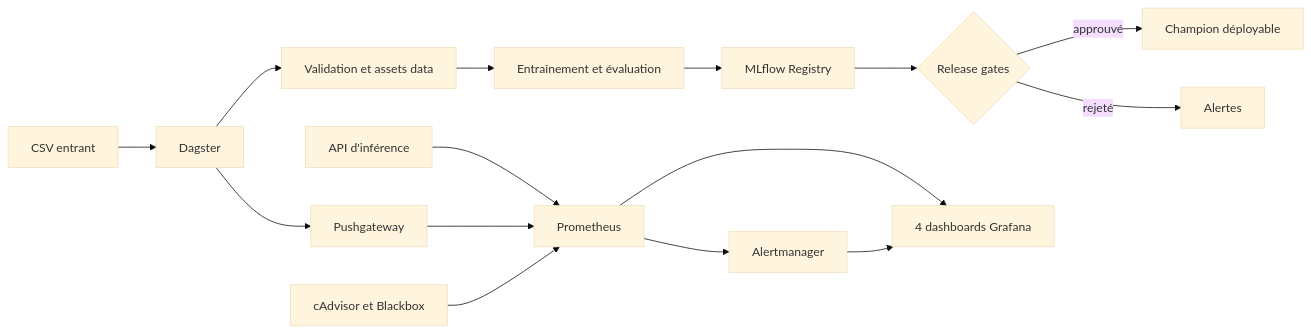
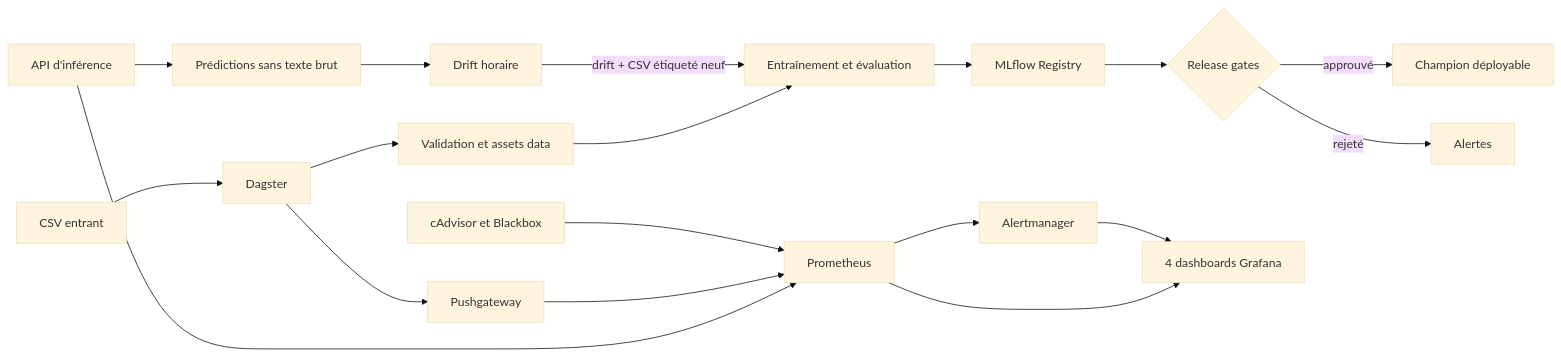
One commit to LIORA-PROJET-MLOps/review-insights-mlops changed the diagram in docs/ORCHESTRATION_CONTROL_CENTER_FR.md. Above: the diagram before and after it, drawn with Mermaid (base theme). The commit also changed other lines of this file and 29 other files, not shown here.

````diff
--- a/docs/ORCHESTRATION_CONTROL_CENTER_FR.md
+++ b/docs/ORCHESTRATION_CONTROL_CENTER_FR.md
@@ -12,17 +12,20 @@
 ```mermaid
 flowchart LR
     CSV["CSV entrant"] --> DG["Dagster"]
     DG --> DATA["Validation et assets data"]
     DATA --> TRAIN["Entraînement et évaluation"]
     TRAIN --> MLFLOW["MLflow Registry"]
     MLFLOW --> GATES{"Release gates"}
     GATES -->|approuvé| MODEL["Champion déployable"]
     GATES -->|rejeté| ALERTS["Alertes"]
     API["API d'inférence"] --> PROM["Prometheus"]
+    API --> EVENTS["Prédictions sans texte brut"]
+    EVENTS --> DRIFT["Drift horaire"]
+    DRIFT -->|drift + CSV étiqueté neuf| TRAIN
     DG --> PUSH["Pushgateway"]
     PUSH --> PROM
     SYS["cAdvisor et Blackbox"] --> PROM
     PROM --> AM["Alertmanager"]
     PROM --> GRAFANA["4 dashboards Grafana"]
     AM --> GRAFANA
 ```
````
